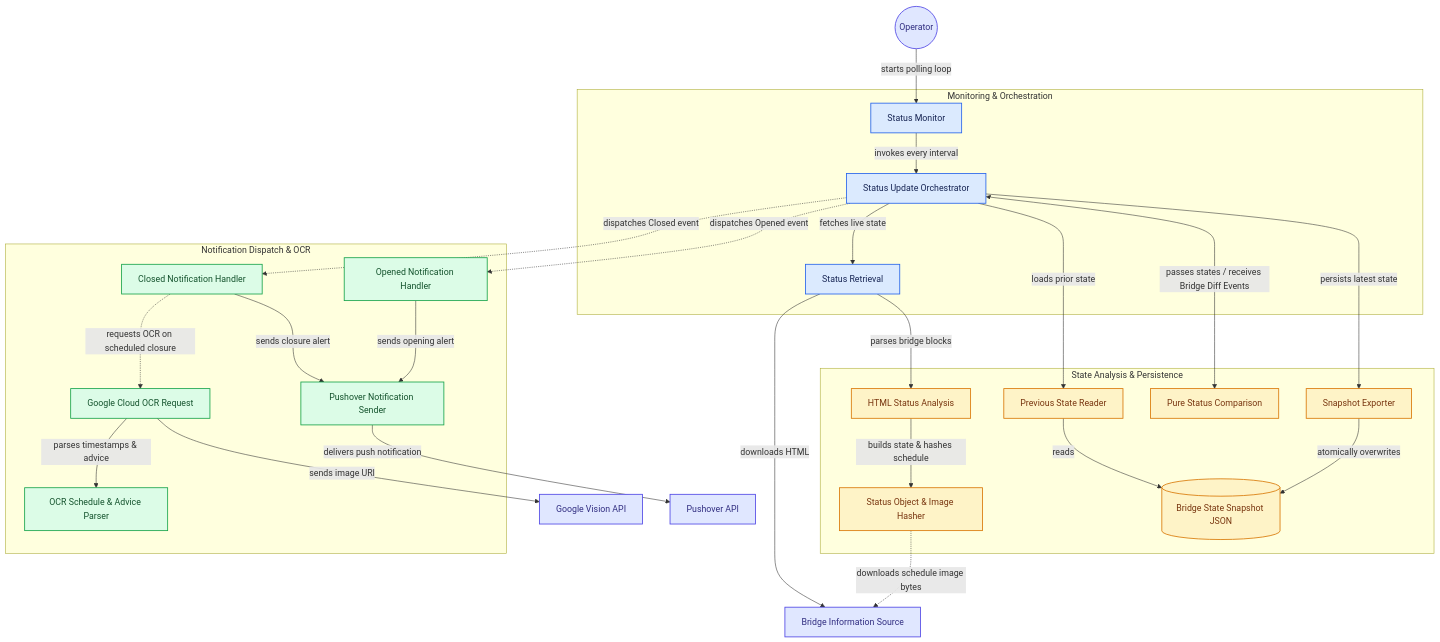
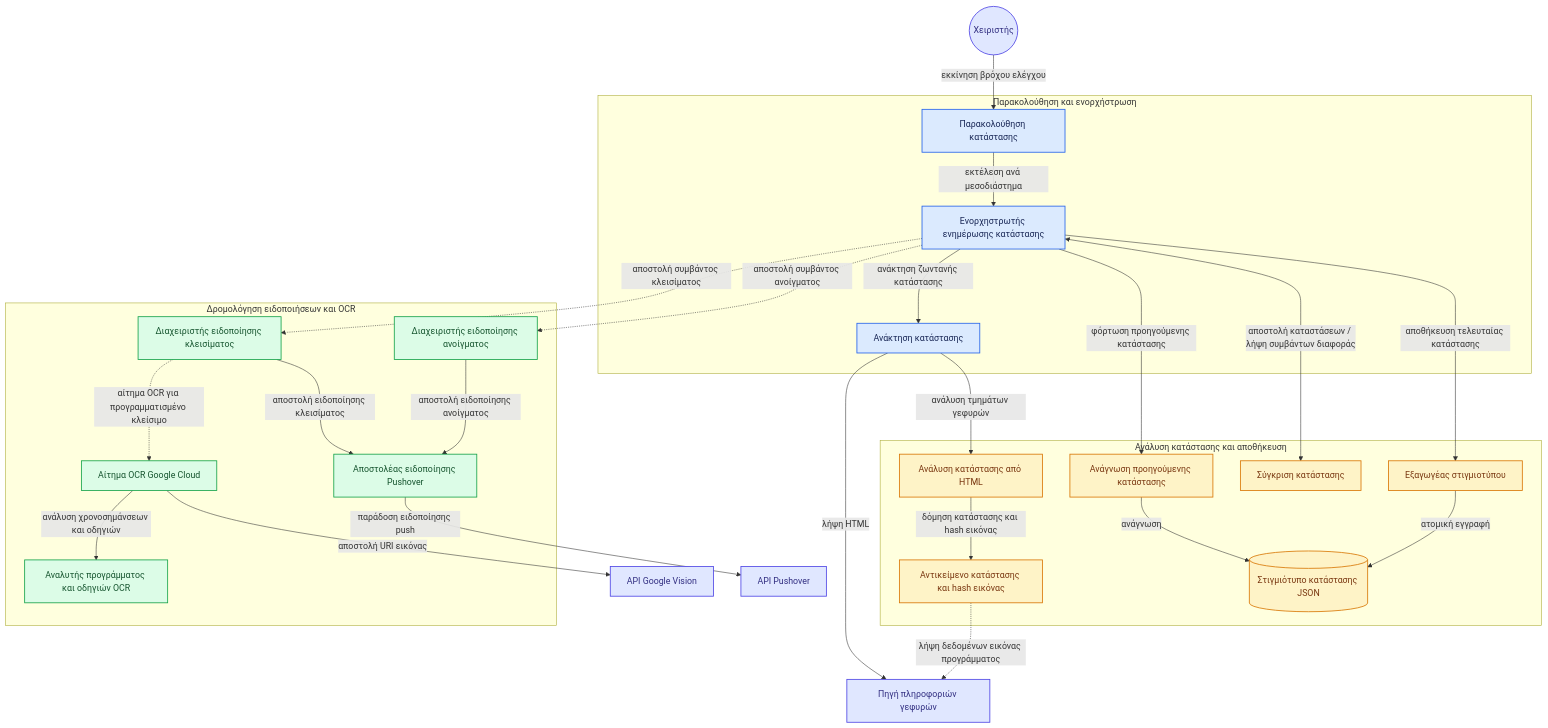
One commit to mrjcap/BridgeWatcher changed the diagram in README.md. Above: the diagram before and after it, drawn with Mermaid. The commit also changed other lines of this file, not shown here.

Commit message:
docs: unslop readme and translate architecture diagram to greek

````diff
--- a/README.md
+++ b/README.md
@@ -66,76 +57,76 @@
 ```mermaid
 flowchart TD
 
-subgraph group_monitoring["Monitoring & Orchestration"]
-  node_monitor["Status Monitor"]
-  node_update["Status Update Orchestrator"]
-  node_status["Status Retrieval"]
+subgraph group_monitoring["Παρακολούθηση και ενορχήστρωση"]
+  node_monitor["Παρακολούθηση κατάστασης"]
+  node_update["Ενορχηστρωτής ενημέρωσης κατάστασης"]
+  node_status["Ανάκτηση κατάστασης"]
 end
 
-subgraph group_analysis["State Analysis & Persistence"]
-  node_prev_status["Previous State Reader"]
-  node_html_analysis["HTML Status Analysis"]
-  node_status_object["Status Object & Image Hasher"]
-  node_comparison["Pure Status Comparison"]
-  node_snapshot_export["Snapshot Exporter"]
-  node_state_file[("Bridge State Snapshot JSON")]
+subgraph group_analysis["Ανάλυση κατάστασης και αποθήκευση"]
+  node_prev_status["Ανάγνωση προηγούμενης κατάστασης"]
+  node_html_analysis["Ανάλυση κατάστασης από HTML"]
+  node_status_object["Αντικείμενο κατάστασης και hash εικόνας"]
+  node_comparison["Σύγκριση κατάστασης"]
+  node_snapshot_export["Εξαγωγέας στιγμιοτύπου"]
+  node_state_file[("Στιγμιότυπο κατάστασης JSON")]
 end
 
-subgraph group_dispatch["Notification Dispatch & OCR"]
-  node_closed_handler["Closed Notification Handler"]
-  node_opened_handler["Opened Notification Handler"]
-  node_ocr["Google Cloud OCR Request"]
-  node_ocr_parser["OCR Schedule & Advice Parser"]
-  node_pushover_sender["Pushover Notification Sender"]
+subgraph group_dispatch["Δρομολόγηση ειδοποιήσεων και OCR"]
+  node_closed_handler["Διαχειριστής ειδοποίησης κλεισίματος"]
+  node_opened_handler["Διαχειριστής ειδοποίησης ανοίγματος"]
+  node_ocr["Αίτημα OCR Google Cloud"]
+  node_ocr_parser["Αναλυτής προγράμματος και οδηγιών OCR"]
+  node_pushover_sender["Αποστολέας ειδοποίησης Pushover"]
 end
 
-node_operator(("Operator"))
-node_bridge_source["Bridge Information Source"]
-node_vision["Google Vision API"]
-node_pushover["Pushover API"]
+node_operator(("Χειριστής"))
+node_bridge_source["Πηγή πληροφοριών γεφυρών"]
+node_vision["API Google Vision"]
+node_pushover["API Pushover"]
 
-node_operator -->|"starts polling loop"| node_monitor
-node_monitor -->|"invokes every interval"| node_update
-node_update -->|"loads prior state"| node_prev_status
-node_prev_status -->|"reads"| node_state_file
-node_update -->|"fetches live state"| node_status
-node_status -->|"downloads HTML"| node_bridge_source
-node_status -->|"parses bridge blocks"| node_html_analysis
-node_html_analysis -->|"builds state & hashes schedule"| node_status_object
-node_status_object -.->|"downloads schedule image bytes"| node_bridge_source
-node_update <-->|"passes states / receives Bridge Diff Events"| node_comparison
-node_update -.->|"dispatches Closed event"| node_closed_handler
-node_update -.->|"dispatches Opened event"| node_opened_handler
-node_closed_handler -.->|"requests OCR on scheduled closure"| node_ocr
-node_ocr -->|"sends image URI"| node_vision
-node_ocr -->|"parses timestamps & advice"| node_ocr_parser
-node_closed_handler -->|"sends closure alert"| node_pushover_sender
-node_opened_handler -->|"sends opening alert"| node_pushover_sender
-node_pushover_sender -->|"delivers push notification"| node_pushover
-node_update -->|"persists latest state"| node_snapshot_export
-node_snapshot_export -->|"atomically overwrites"| node_state_file
+node_operator -->|"εκκίνηση βρόχου ελέγχου"| node_monitor
+node_monitor -->|"εκτέλεση ανά μεσοδιάστημα"| node_update
+node_update -->|"φόρτωση προηγούμενης κατάστασης"| node_prev_status
+node_prev_status -->|"ανάγνωση"| node_state_file
+node_update -->|"ανάκτηση ζωντανής κατάστασης"| node_status
+node_status -->|"λήψη HTML"| node_bridge_source
+node_status -->|"ανάλυση τμημάτων γεφυρών"| node_html_analysis
+node_html_analysis -->|"δόμηση κατάστασης και hash εικόνας"| node_status_object
+node_status_object -.->|"λήψη δεδομένων εικόνας προγράμματος"| node_bridge_source
+node_update <-->|"αποστολή καταστάσεων / λήψη συμβάντων διαφοράς"| node_comparison
+node_update -.->|"αποστολή συμβάντος κλεισίματος"| node_closed_handler
+node_update -.->|"αποστολή συμβάντος ανοίγματος"| node_opened_handler
+node_closed_handler -.->|"αίτημα OCR για προγραμματισμένο κλείσιμο"| node_ocr
+node_ocr -->|"αποστολή URI εικόνας"| node_vision
+node_ocr -->|"ανάλυση χρονοσημάνσεων και οδηγιών"| node_ocr_parser
+node_closed_handler -->|"αποστολή ειδοποίησης κλεισίματος"| node_pushover_sender
+node_opened_handler -->|"αποστολή ειδοποίησης ανοίγματος"| node_pushover_sender
+node_pushover_sender -->|"παράδοση ειδοποίησης push"| node_pushover
+node_update -->|"αποθήκευση τελευταίας κατάστασης"| node_snapshot_export
+node_snapshot_export -->|"ατομική εγγραφή"| node_state_file
 
 click node_monitor "https://github.com/mrjcap/bridgewatcher/blob/main/BridgeWatcher/Public/Get-BridgeStatusMonitor.ps1"
 click node_update "https://github.com/mrjcap/bridgewatcher/blob/main/BridgeWatcher/Public/Update-BridgeStatus.ps1"
 click node_status "https://github.com/mrjcap/bridgewatcher/blob/main/BridgeWatcher/Public/Get-BridgeStatus.ps1"
 click node_prev_status "https://github.com/mrjcap/bridgewatcher/blob/main/BridgeWatcher/Public/Get-BridgePreviousStatus.ps1"
 click node_html_analysis "https://github.com/mrjcap/bridgewatcher/blob/main/BridgeWatcher/Private/Get-BridgeStatusFromHtml.ps1"
 click node_status_object "https://github.com/mrjcap/bridgewatcher/blob/main/BridgeWatcher/Private/Get-BridgeStatusObject.ps1"
 click node_comparison "https://github.com/mrjcap/bridgewatcher/blob/main/BridgeWatcher/Public/Invoke-BridgeStatusComparison.ps1"
 click node_snapshot_export "https://github.com/mrjcap/bridgewatcher/blob/main/BridgeWatcher/Private/Export-BridgeStatusJson.ps1"
 click node_closed_handler "https://github.com/mrjcap/bridgewatcher/blob/main/BridgeWatcher/Private/Invoke-BridgeClosedNotification.ps1"
 click node_opened_handler "https://github.com/mrjcap/bridgewatcher/blob/main/BridgeWatcher/Private/Invoke-BridgeOpenedNotification.ps1"
 click node_ocr "https://github.com/mrjcap/bridgewatcher/blob/main/BridgeWatcher/Private/Invoke-BridgeOCRGoogleCloud.ps1"
 click node_ocr_parser "https://github.com/mrjcap/bridgewatcher/blob/main/BridgeWatcher/Private/ConvertFrom-BridgeOCRResult.ps1"
 click node_pushover_sender "https://github.com/mrjcap/bridgewatcher/blob/main/BridgeWatcher/Public/Send-BridgePushover.ps1"
 
 classDef toneBlue fill:#dbeafe,stroke:#2563eb,stroke-width:1.5px,color:#172554
 classDef toneAmber fill:#fef3c7,stroke:#d97706,stroke-width:1.5px,color:#78350f
 classDef toneMint fill:#dcfce7,stroke:#16a34a,stroke-width:1.5px,color:#14532d
 classDef toneIndigo fill:#e0e7ff,stroke:#4f46e5,stroke-width:1.5px,color:#312e81
 
 class node_monitor,node_update,node_status toneBlue
 class node_prev_status,node_html_analysis,node_status_object,node_comparison,node_snapshot_export,node_state_file toneAmber
 class node_closed_handler,node_opened_handler,node_ocr,node_ocr_parser,node_pushover_sender toneMint
 class node_operator,node_bridge_source,node_vision,node_pushover toneIndigo
 ```
````
